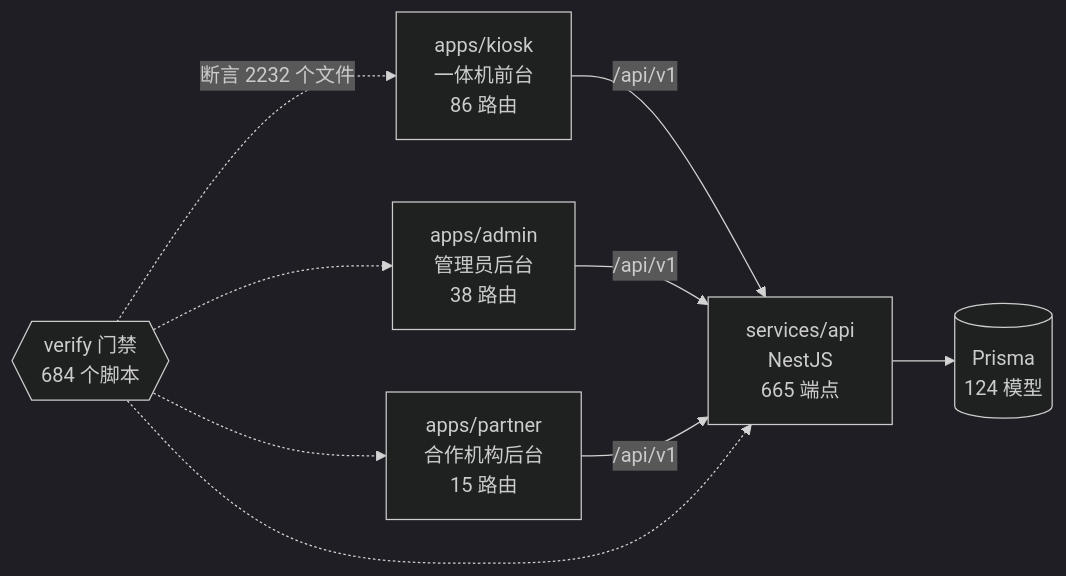
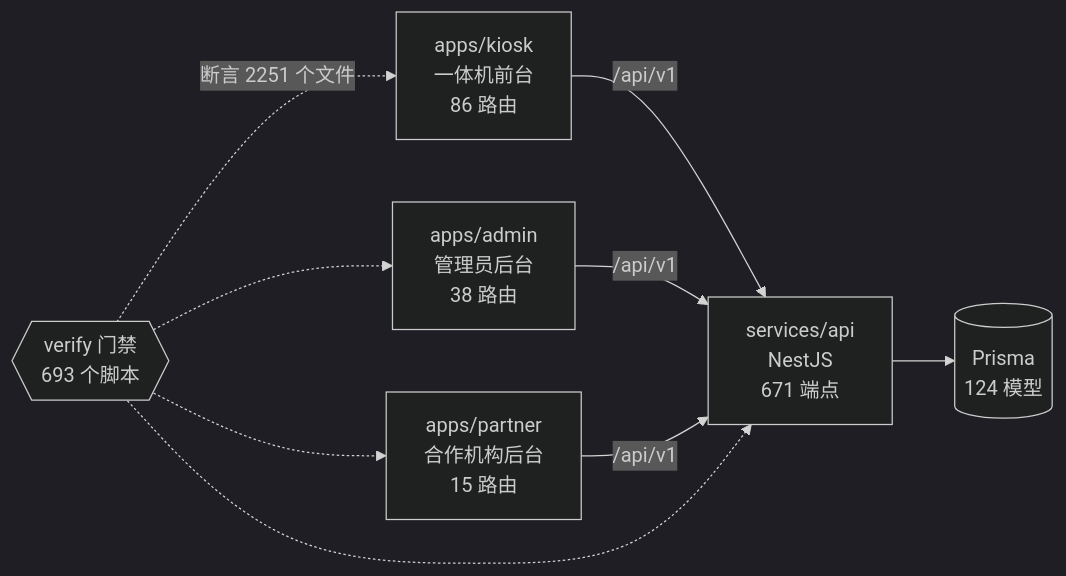
The diagram in docs/graph/README.md (wanglei581/YITIJI), drawn with Mermaid (dark theme) before and after one commit. The commit also changed other lines of this file and 5 other files, not shown here.

Commit message:
合并车 B：车尾图谱重生（8 路并入后统一生成，--check 通过）

````diff
--- a/docs/graph/README.md
+++ b/docs/graph/README.md
@@ -68,18 +68,18 @@
 ```mermaid
 flowchart LR
   kiosk["apps/kiosk<br/>一体机前台<br/>86 路由"]
   admin["apps/admin<br/>管理员后台<br/>38 路由"]
   partner["apps/partner<br/>合作机构后台<br/>15 路由"]
-  api["services/api<br/>NestJS<br/>665 端点"]
+  api["services/api<br/>NestJS<br/>671 端点"]
   db[("Prisma<br/>124 模型")]
-  gates{{"verify 门禁<br/>684 个脚本"}}
+  gates{{"verify 门禁<br/>693 个脚本"}}
 
   kiosk -->|"/api/v1"| api
   admin -->|"/api/v1"| api
   partner -->|"/api/v1"| api
   api --> db
-  gates -.->|"断言 2232 个文件"| kiosk
+  gates -.->|"断言 2251 个文件"| kiosk
   gates -.-> admin
   gates -.-> partner
   gates -.-> api
 ```
````
